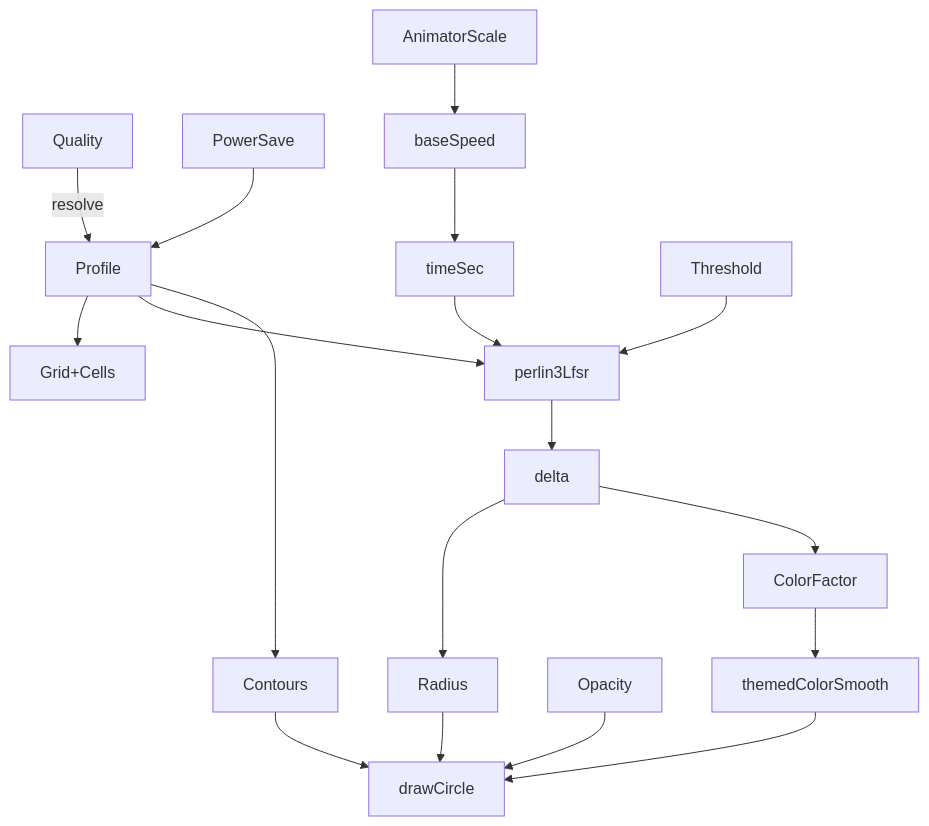
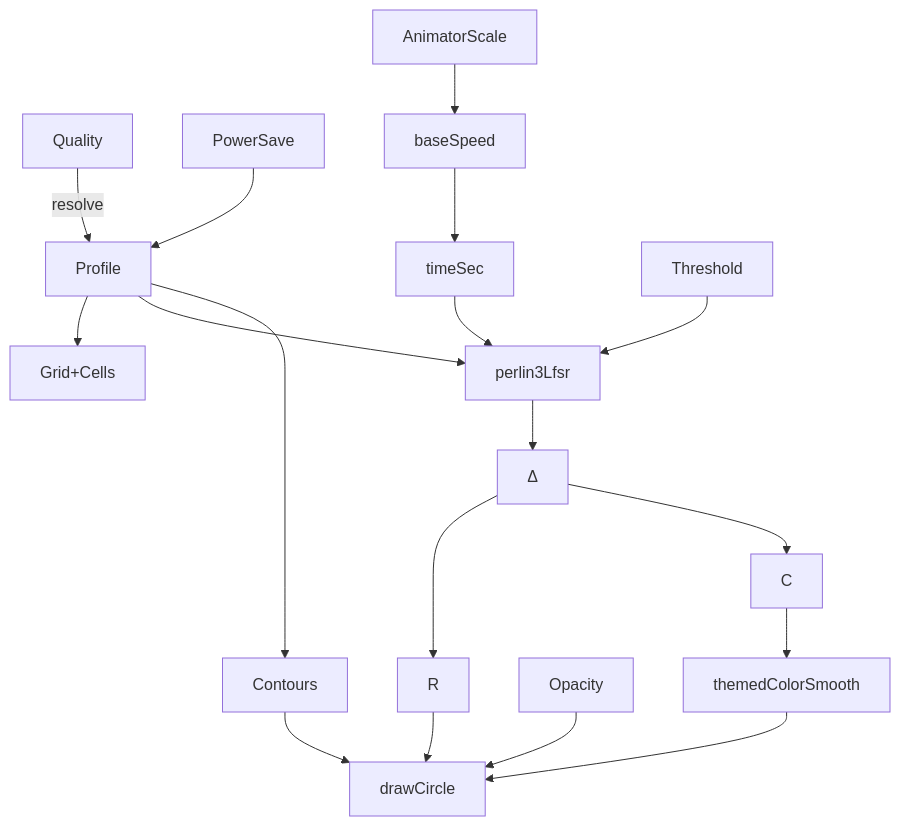
The first of 5 diagrams in README.md (brt4c3/android_todo_app), drawn with Mermaid before and after one commit. The commit also changed other lines of this file, not shown here.

````diff
--- a/README.md
+++ b/README.md
@@ -143,20 +119,20 @@
 ```mermaid
 flowchart TD
   Quality -->|resolve| Profile
   PowerSave --> Profile
   AnimatorScale --> Speed[baseSpeed]
   Profile --> Grid[Grid+Cells]
   Speed --> Time[timeSec]
   Time --> Perlin[perlin3Lfsr]
   Profile --> Perlin
   Threshold --> Perlin
-  Perlin --> Delta[delta]
-  Delta --> Radius
-  Delta --> ColorFactor
+  Perlin --> Delta[Δ]
+  Delta --> Radius[R]
+  Delta --> ColorFactor[C]
   Radius --> Draw[drawCircle]
   ColorFactor --> Palette[themedColorSmooth]
   Palette --> Draw
   Opacity --> Draw
   Profile --> Contours
   Contours --> Draw
 ```
````
